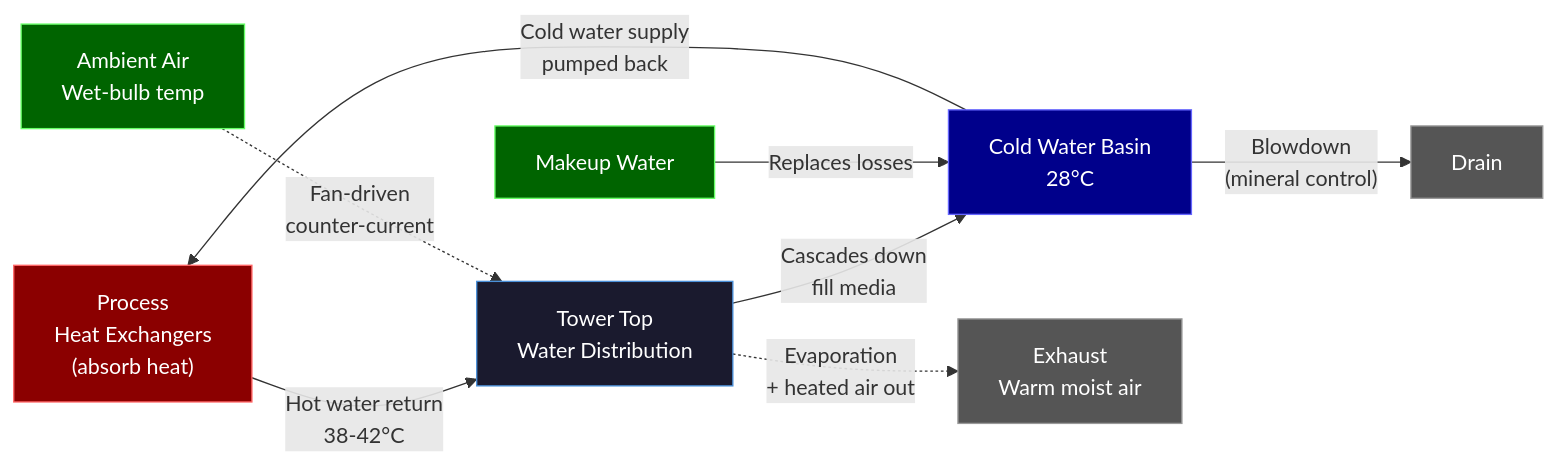
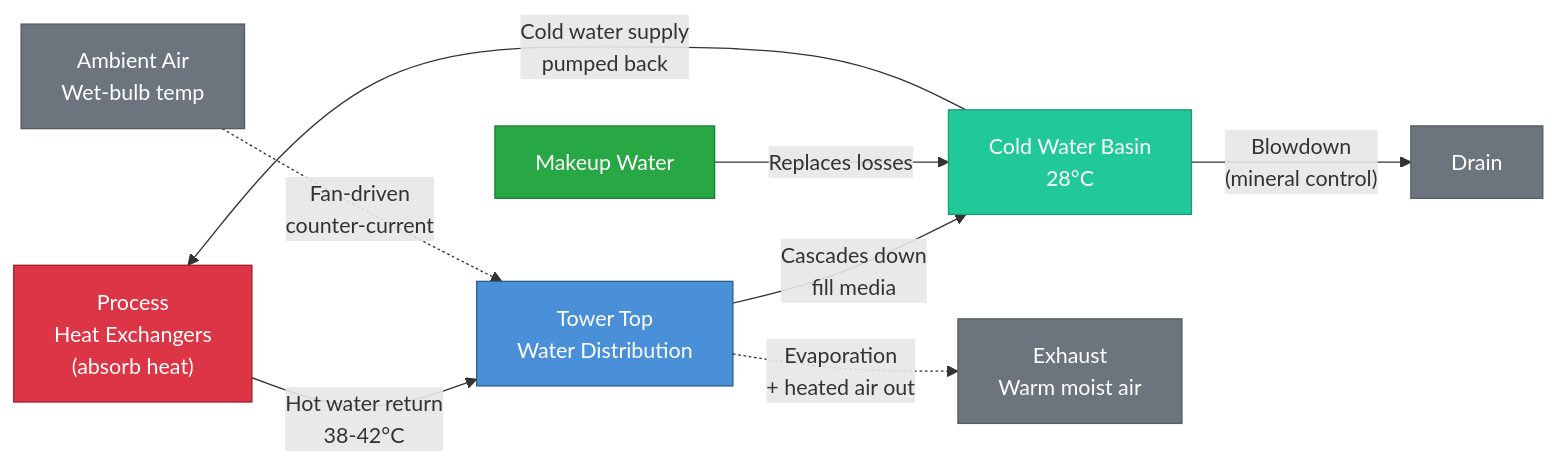
One commit to henryodibi11/Odibi changed the fifth of 7 diagrams in docs/simulation/patterns/process_engineering.md. Above: the diagram before and after it, drawn with Mermaid. The commit also changed other lines of this file and 7 other files, not shown here.

First line of the commit message:
Fix mermaid diagram colors for readability across all 26 diagrams

````diff
--- a/docs/simulation/patterns/process_engineering.md
+++ b/docs/simulation/patterns/process_engineering.md
@@ -1057,20 +1057,20 @@
 ```mermaid
 flowchart LR
     HX["Process\nHeat Exchangers\n(absorb heat)"] -->|"Hot water return\n38-42°C"| TOP["Tower Top\nWater Distribution"]
     TOP -->|"Cascades down\nfill media"| BASIN["Cold Water Basin\n28°C"]
     BASIN -->|"Cold water supply\npumped back"| HX
 
     AIR["Ambient Air\nWet-bulb temp"] -.->|"Fan-driven\ncounter-current"| TOP
     TOP -.->|"Evaporation\n+ heated air out"| EXHAUST["Exhaust\nWarm moist air"]
 
     MU["Makeup Water"] -->|"Replaces losses"| BASIN
     BASIN -->|"Blowdown\n(mineral control)"| DRAIN["Drain"]
 
-    style HX fill:#8B0000,stroke:#ff6666,color:#ffffff
-    style TOP fill:#1a1a2e,stroke:#4a90d9,color:#ffffff
-    style BASIN fill:#00008B,stroke:#6666ff,color:#ffffff
-    style AIR fill:#006400,stroke:#66ff66,color:#ffffff
-    style EXHAUST fill:#555555,stroke:#999999,color:#ffffff
-    style MU fill:#006400,stroke:#66ff66,color:#ffffff
-    style DRAIN fill:#555555,stroke:#999999,color:#ffffff
+    style HX fill:#dc3545,stroke:#a71d2a,color:#ffffff
+    style TOP fill:#4a90d9,stroke:#2c5f8a,color:#ffffff
+    style BASIN fill:#20c997,stroke:#199d76,color:#ffffff
+    style AIR fill:#6c757d,stroke:#545b62,color:#ffffff
+    style EXHAUST fill:#6c757d,stroke:#545b62,color:#ffffff
+    style MU fill:#28a745,stroke:#1e7e34,color:#ffffff
+    style DRAIN fill:#6c757d,stroke:#545b62,color:#ffffff
 ```
````
